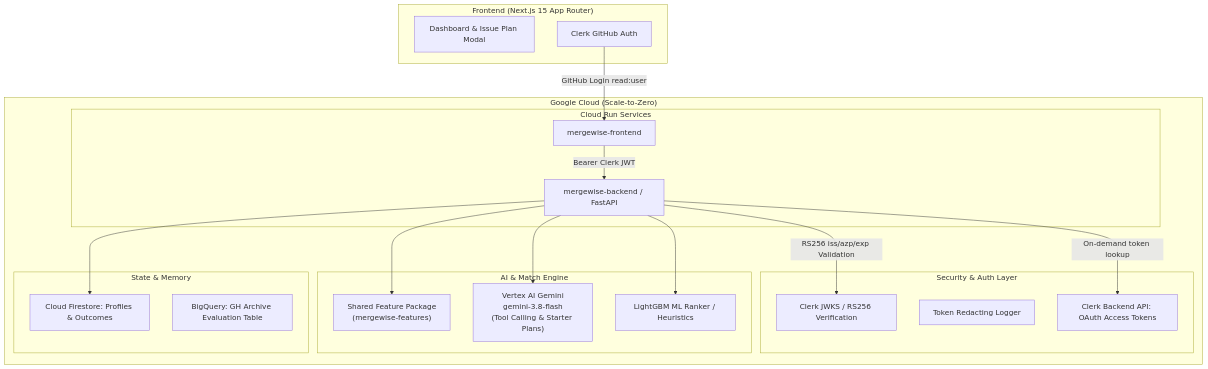
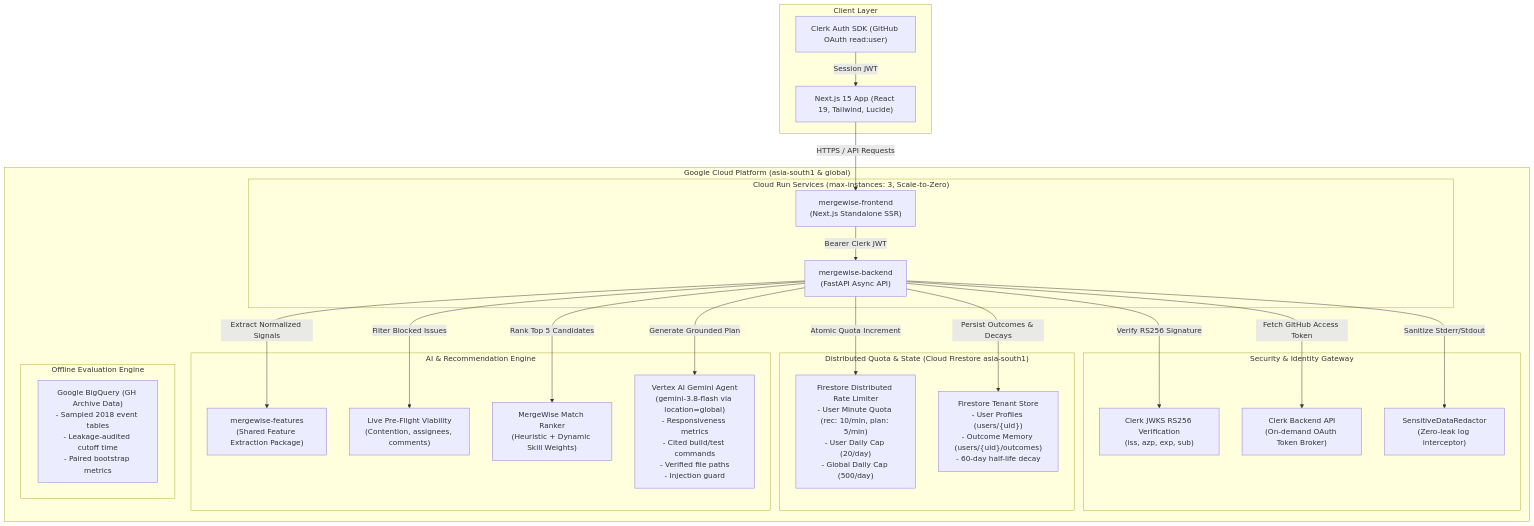
Before and after one commit to Neelanshdosi/MergeWise: the diagram in README.md, drawn with Mermaid. The commit also changed other lines of this file and 12 other files, not shown here.

Commit message:
feat(phase-6): distributed Firestore rate limiter, Cloud Run max-instances, prod doc hardening, and smoke test suite

````diff
--- a/README.md
+++ b/README.md
@@ -9,40 +9,49 @@
 ```mermaid
 flowchart TD
-    subgraph Client ["Frontend (Next.js 15 App Router)"]
-        UI[Dashboard & Issue Plan Modal]
-        ClerkClient[Clerk GitHub Auth]
+    subgraph Client ["Client Layer"]
+        UI["Next.js 15 App (React 19, Tailwind, Lucide)"]
+        ClerkWeb["Clerk Auth SDK (GitHub OAuth read:user)"]
     end
 
-    subgraph GCP ["Google Cloud (Scale-to-Zero)"]
-        subgraph CloudRun ["Cloud Run Services"]
-            FrontRun[mergewise-frontend]
-            BackRun[mergewise-backend / FastAPI]
+    subgraph GCP ["Google Cloud Platform (asia-south1 & global)"]
+        subgraph CloudRun ["Cloud Run Services (max-instances: 3, Scale-to-Zero)"]
+            FrontendSvc["mergewise-frontend\n(Next.js Standalone SSR)"]
+            BackendSvc["mergewise-backend\n(FastAPI Async API)"]
         end
 
-        subgraph Security ["Security & Auth Layer"]
-            JWKS[Clerk JWKS / RS256 Verification]
-            TokenFilter[Token Redacting Logger]
-            ClerkBAPI[Clerk Backend API: OAuth Access Tokens]
+        subgraph SecurityLayer ["Security & Identity Gateway"]
+            JWKS["Clerk JWKS RS256 Verification\n(iss, azp, exp, sub)"]
+            TokenBroker["Clerk Backend API\n(On-demand OAuth Token Broker)"]
+            Redactor["SensitiveDataRedactor\n(Zero-leak log interceptor)"]
         end
 
-        subgraph AI_Engine ["AI & Match Engine"]
-            SharedFeat["Shared Feature Package\n(mergewise-features)"]
-            Gemini["Vertex AI Gemini\ngemini-3.8-flash\n(Tool Calling & Starter Plans)"]
-            Ranker["LightGBM ML Ranker / Heuristics"]
+        subgraph DistributedQuota ["Distributed Quota & State (Cloud Firestore asia-south1)"]
+            FSRateLimit["Firestore Distributed Rate Limiter\n- User Minute Quota (rec: 10/min, plan: 5/min)\n- User Daily Cap (20/day)\n- Global Daily Cap (500/day)"]
+            FSMemory["Firestore Tenant Store\n- User Profiles (users/{uid})\n- Outcome Memory (users/{uid}/outcomes)\n- 60-day half-life decay"]
         end
 
-        subgraph Persistence ["State & Memory"]
-            Firestore[Cloud Firestore: Profiles & Outcomes]
-            BQ[BigQuery: GH Archive Evaluation Table]
+        subgraph MatchingEngine ["AI & Recommendation Engine"]
+            SharedCore["mergewise-features\n(Shared Feature Extraction Package)"]
+            ViabilityChecker["Live Pre-Flight Viability\n(Contention, assignees, comments)"]
+            HeuristicRanker["MergeWise Match Ranker\n(Heuristic + Dynamic Skill Weights)"]
+            GeminiAgent["Vertex AI Gemini Agent\n(gemini-3.8-flash via location=global)\n- Responsiveness metrics\n- Cited build/test commands\n- Verified file paths\n- Injection guard"]
+        end
+
+        subgraph OfflineBenchmark ["Offline Evaluation Engine"]
+            BigQuery["Google BigQuery (GH Archive Data)\n- Sampled 2018 event tables\n- Leakage-audited cutoff time\n- Paired bootstrap metrics"]
         end
     end
 
-    ClerkClient -->|GitHub Login read:user| FrontRun
-    FrontRun -->|Bearer Clerk JWT| BackRun
-    BackRun -->|RS256 iss/azp/exp Validation| JWKS
-    BackRun -->|On-demand token lookup| ClerkBAPI
-    BackRun --> SharedFeat
-    BackRun --> Gemini
-    BackRun --> Ranker
-    BackRun --> Firestore
+    ClerkWeb -->|Session JWT| UI
+    UI -->|HTTPS / API Requests| FrontendSvc
+    FrontendSvc -->|Bearer Clerk JWT| BackendSvc
+    BackendSvc -->|Verify RS256 Signature| JWKS
+    BackendSvc -->|Fetch GitHub Access Token| TokenBroker
+    BackendSvc -->|Sanitize Stderr/Stdout| Redactor
+    BackendSvc -->|Atomic Quota Increment| FSRateLimit
+    BackendSvc -->|Persist Outcomes & Decays| FSMemory
+    BackendSvc -->|Extract Normalized Signals| SharedCore
+    BackendSvc -->|Filter Blocked Issues| ViabilityChecker
+    BackendSvc -->|Rank Top 5 Candidates| HeuristicRanker
+    BackendSvc -->|Generate Grounded Plan| GeminiAgent
 ```
````
